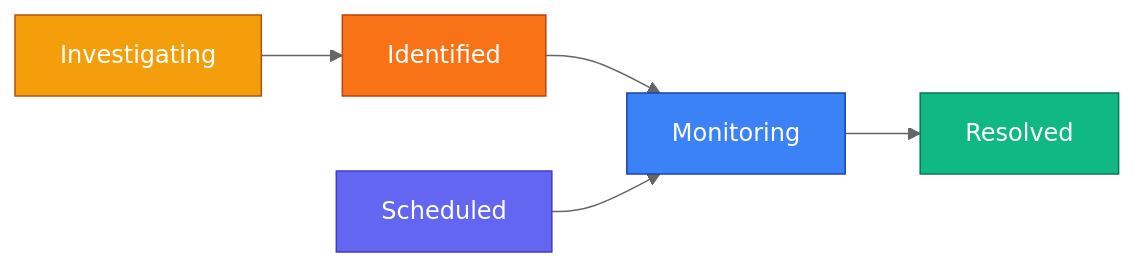
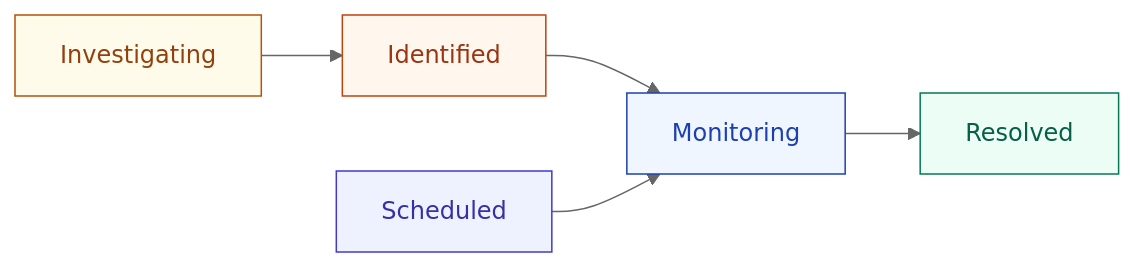
One commit to supercheck-io/supercheck changed the first of 3 diagrams in docs/content/docs/app/communicate/status-pages.mdx. Above: the diagram before and after it, drawn with Mermaid (neutral theme). The commit also changed other lines of this file and 15 other files, not shown here.

First line of the commit message:
docs: unify diagram styling and add AI SRE to architecture (#309)

````diff
--- a/docs/content/docs/app/communicate/status-pages.mdx
+++ b/docs/content/docs/app/communicate/status-pages.mdx
@@ -282,13 +282,13 @@
 ```mermaid
 flowchart LR
     A[Investigating] --> B[Identified]
     B --> C[Monitoring]
     C --> D[Resolved]
     S[Scheduled] --> C
 
-    style A fill:#f59e0b,stroke:#b45309,color:#fff
-    style B fill:#f97316,stroke:#c2410c,color:#fff
-    style C fill:#3b82f6,stroke:#1e40af,color:#fff
-    style D fill:#10b981,stroke:#047857,color:#fff
-    style S fill:#6366f1,stroke:#4338ca,color:#fff
+    style A fill:#fffbeb,stroke:#b45309,color:#92400e
+    style B fill:#fff7ed,stroke:#c2410c,color:#9a3412
+    style C fill:#eff6ff,stroke:#1e40af,color:#1e40af
+    style D fill:#ecfdf5,stroke:#047857,color:#065f46
+    style S fill:#eef2ff,stroke:#4338ca,color:#3730a3
 ```
````
